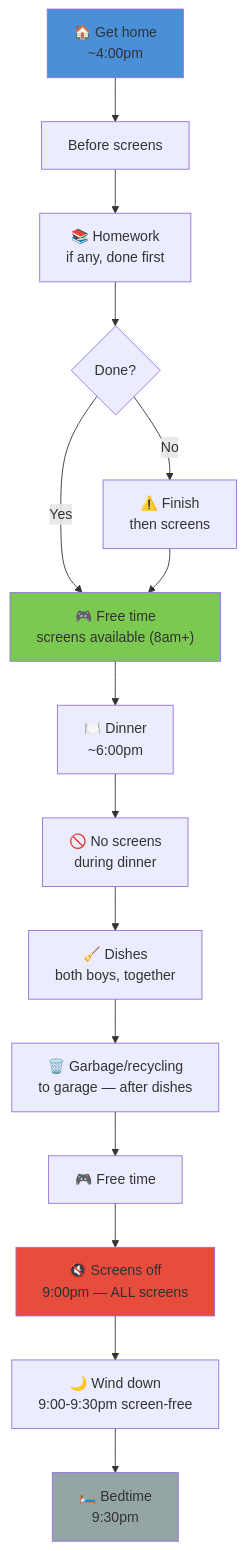
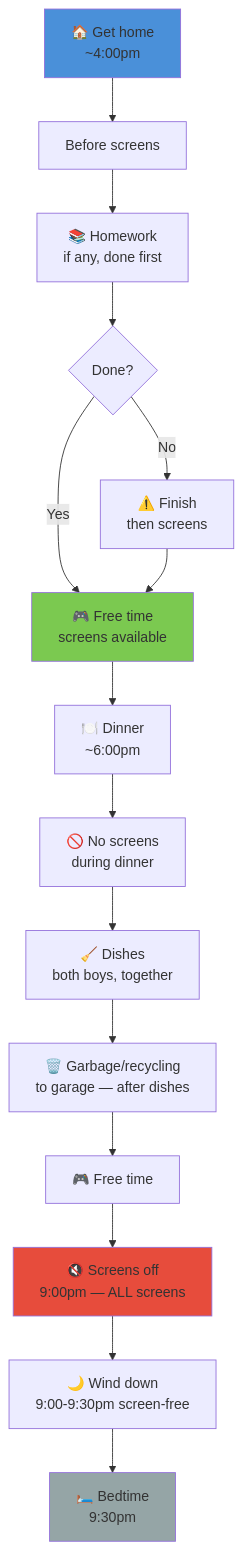
The diagram in day-types/04-school-day.md (ajass/technology-reset), drawn with Mermaid before and after one commit. The commit also changed other lines of this file and 6 other files, not shown here.

````diff
--- a/day-types/04-school-day.md
+++ b/day-types/04-school-day.md
@@ -7,22 +7,22 @@
 ```mermaid
 flowchart TD
     A["🏠 Get home<br/>~4:00pm"] --> B["Before screens"]
     B --> B1["📚 Homework<br/>if any, done first"]
     B1 --> C{"Done?"}
-    C -->|Yes| D["🎮 Free time<br/>screens available (8am+)"]
+    C -->|Yes| D["🎮 Free time<br/>screens available"]
     C -->|No| E["⚠️ Finish<br/>then screens"]
     E --> D
     D --> F["🍽️ Dinner<br/>~6:00pm"]
     F --> G["🚫 No screens<br/>during dinner"]
     G --> H["🧹 Dishes<br/>both boys, together"]
     H --> I["🗑️ Garbage/recycling<br/>to garage — after dishes"]
     I --> J["🎮 Free time"]
     J --> K["🔇 Screens off<br/>9:00pm — ALL screens"]
     K --> L["🌙 Wind down<br/>9:00-9:30pm screen-free"]
     L --> M["🛏️ Bedtime<br/>9:30pm"]
 
     style A fill:#4a90d9
     style D fill:#7bc950
     style K fill:#e74c3c
     style M fill:#95a5a6
 ```
````
